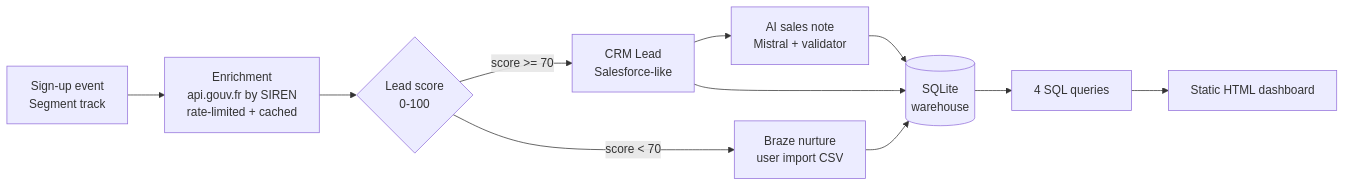
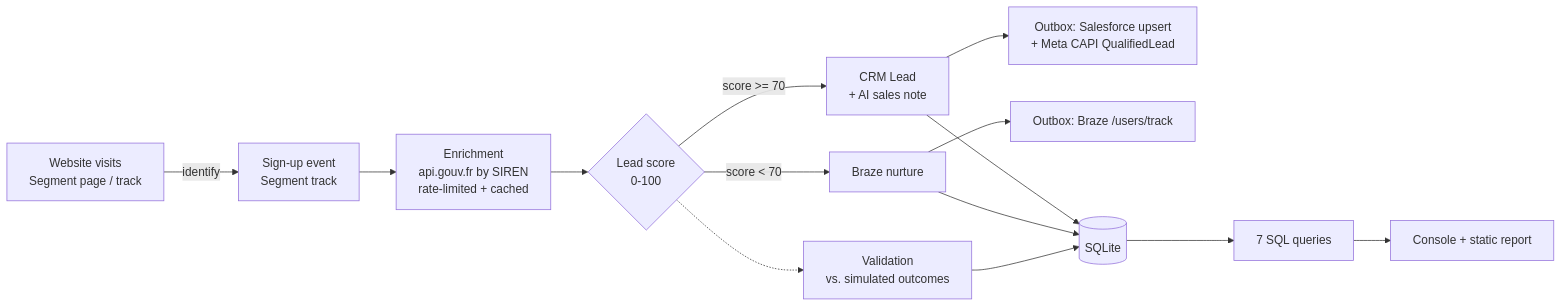
One commit to assim-ben-ahmed/qonto-growth-ops-pipeline changed the diagram in README.md. Above: the diagram before and after it, drawn with Mermaid. The commit also changed other lines of this file and 12 other files, not shown here.

Commit message:
Console: journeys, integrations tab, validation charts; GitHub Pages demo and CI

````diff
--- a/README.md
+++ b/README.md
@@ -9,12 +17,13 @@
 ```mermaid
 flowchart LR
-    A[Sign-up event<br/>Segment track] --> B[Enrichment<br/>api.gouv.fr by SIREN<br/>rate-limited + cached]
+    W[Website visits<br/>Segment page / track] -->|identify| A[Sign-up event<br/>Segment track]
+    A --> B[Enrichment<br/>api.gouv.fr by SIREN<br/>rate-limited + cached]
     B --> C{Lead score<br/>0-100}
-    C -- "score >= 70" --> D[CRM Lead<br/>Salesforce-like]
-    D --> E[AI sales note<br/>Mistral + validator]
-    C -- "score < 70" --> F[Braze nurture<br/>user import CSV]
-    D & F --> G[(SQLite<br/>warehouse)]
-    E --> G
-    G --> H[4 SQL queries]
-    H --> I[Static HTML dashboard]
+    C -.-> V[Validation<br/>vs. simulated outcomes]
+    C -- "score >= 70" --> D[CRM Lead<br/>+ AI sales note]
+    C -- "score < 70" --> F[Braze nurture]
+    D --> O[Outbox: Salesforce upsert<br/>+ Meta CAPI QualifiedLead]
+    F --> O2[Outbox: Braze /users/track]
+    D & F & V --> G[(SQLite)]
+    G --> H[7 SQL queries] --> I[Console + static report]
 ```
````
